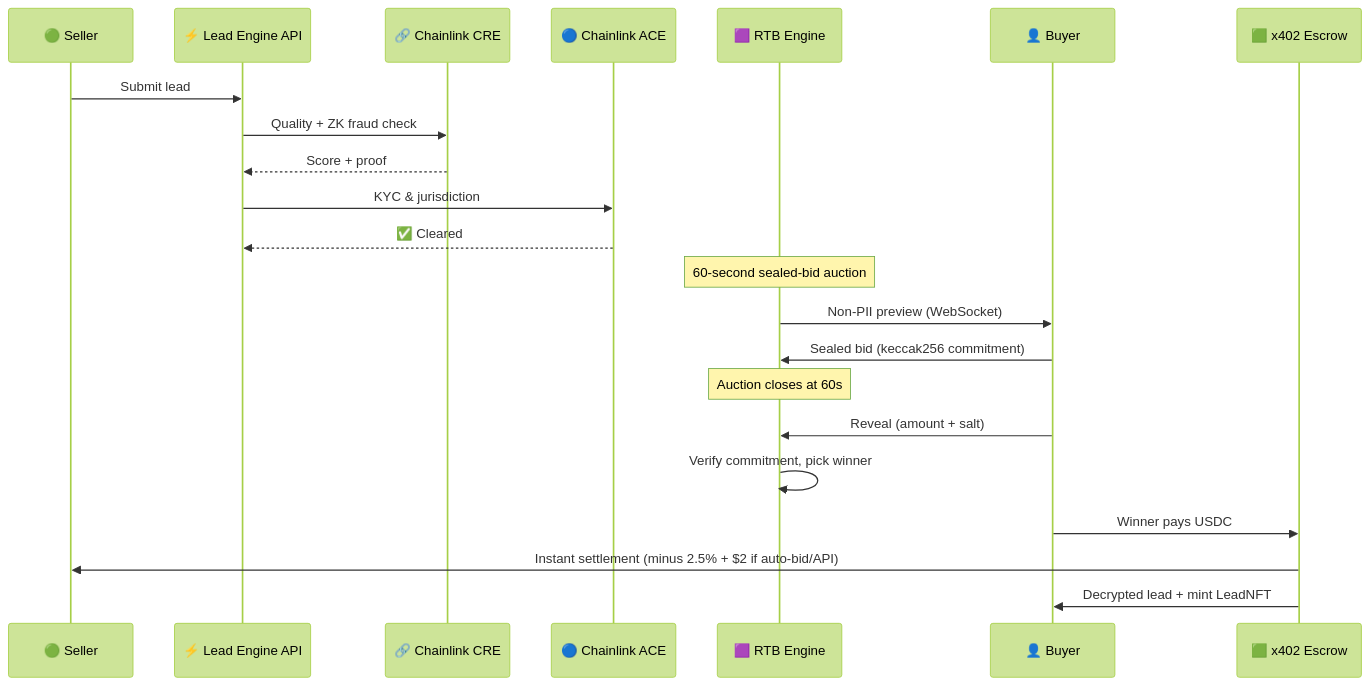
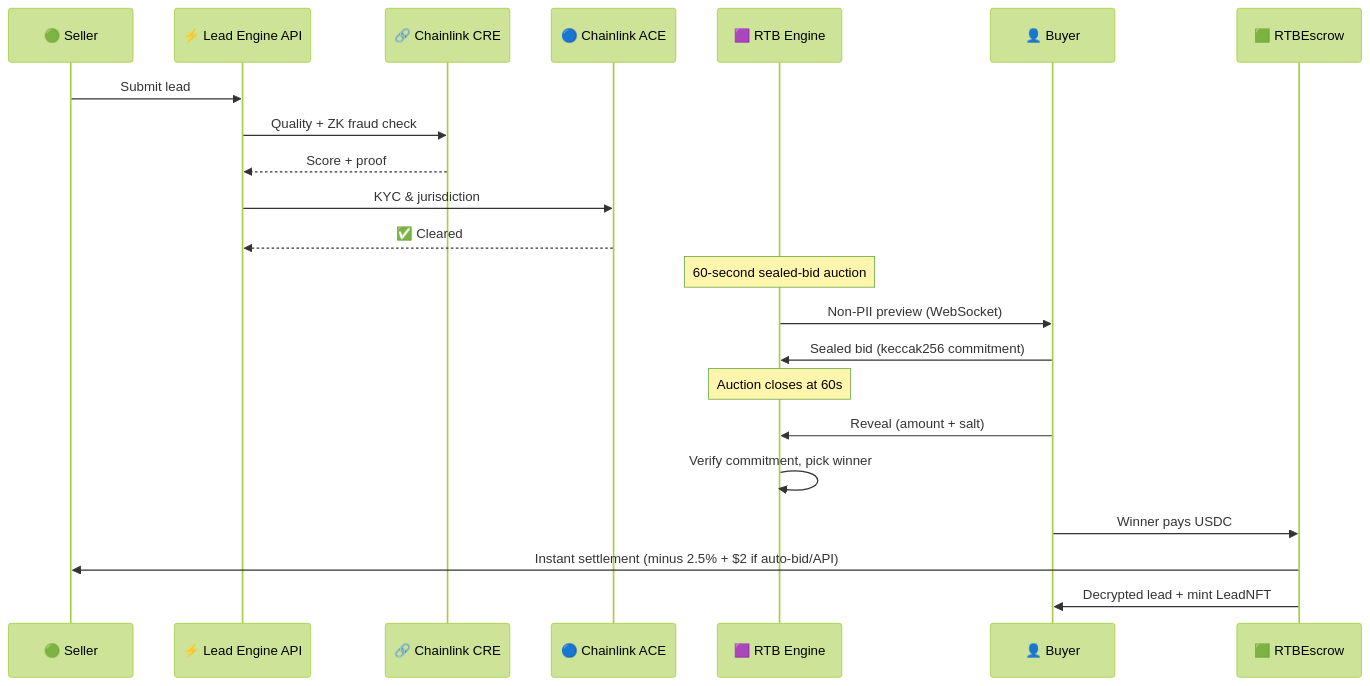
One commit to bnmbnmai/lead-engine-cre changed the diagram in README.md. Above: the diagram before and after it, drawn with Mermaid (forest theme). The commit also changed other lines of this file, not shown here.

Commit message:
fix: replace all x402 claims in README with honest RTBEscrow descriptions (8 locations)

````diff
--- a/README.md
+++ b/README.md
@@ -62,30 +62,30 @@
 ```mermaid
 sequenceDiagram
     participant S as 🟢 Seller
     participant API as ⚡ Lead Engine API
     participant CRE as 🔗 Chainlink CRE
     participant ACE as 🔵 Chainlink ACE
     participant RTB as 🟪 RTB Engine
     participant B as 👤 Buyer
-    participant X as 🟩 x402 Escrow
+    participant X as 🟩 RTBEscrow
 
     S->>API: Submit lead
     API->>CRE: Quality + ZK fraud check
     CRE-->>API: Score + proof
     API->>ACE: KYC & jurisdiction
     ACE-->>API: ✅ Cleared
 
     Note over RTB: 60-second sealed-bid auction
 
     RTB->>B: Non-PII preview (WebSocket)
     B->>RTB: Sealed bid (keccak256 commitment)
 
     Note over RTB: Auction closes at 60s
 
     B->>RTB: Reveal (amount + salt)
     RTB->>RTB: Verify commitment, pick winner
 
     B->>X: Winner pays USDC
     X->>S: Instant settlement (minus 2.5% + $2 if auto-bid/API)
     X->>B: Decrypted lead + mint LeadNFT
 ```
````
